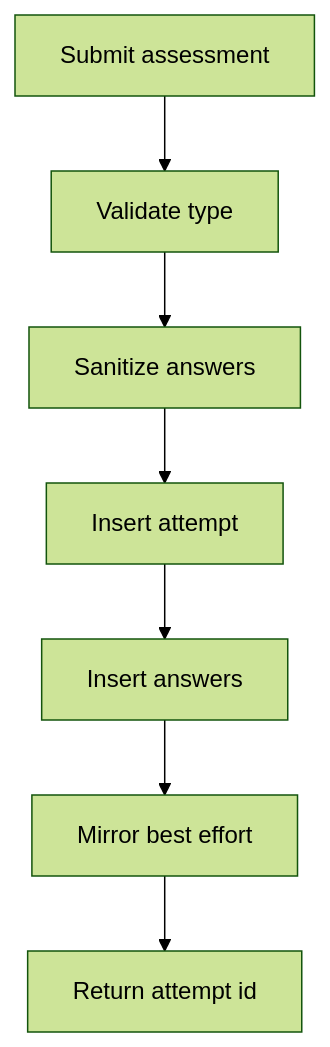
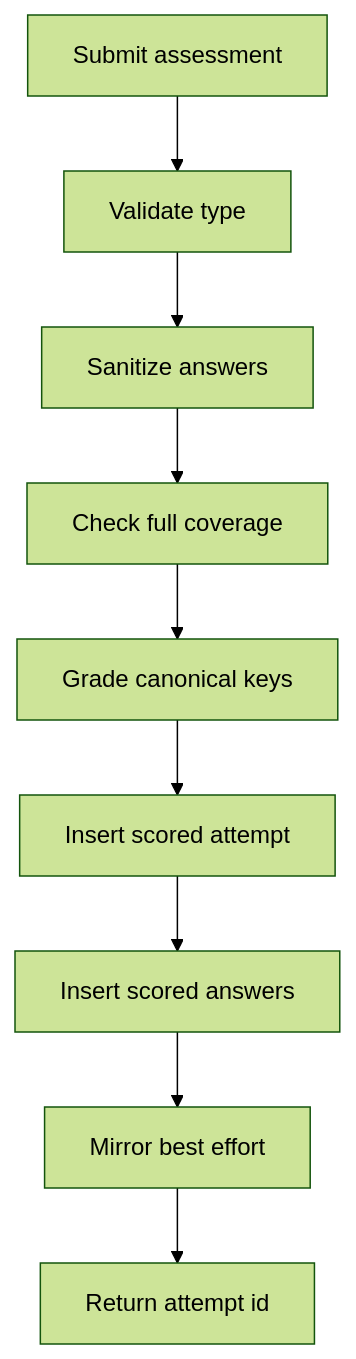
Before and after one commit to JohnAndrewBalbarosa/NeoTerritory: the third of 4 diagrams in docs/Codebase/Backend/src/routes/learning.ts.md, drawn with Mermaid (forest theme). The commit also changed other lines of this file and 30 other files, not shown here.

````diff
--- a/docs/Codebase/Backend/src/routes/learning.ts.md
+++ b/docs/Codebase/Backend/src/routes/learning.ts.md
@@ -48,11 +48,13 @@
 ```mermaid
 flowchart TD
     Start["Submit assessment"]
     N0["Validate type"]
     N1["Sanitize answers"]
-    N2["Insert attempt"]
-    N3["Insert answers"]
-    N4["Mirror best effort"]
+    N2["Check full coverage"]
+    N3["Grade canonical keys"]
+    N4["Insert scored attempt"]
+    N5["Insert scored answers"]
+    N6["Mirror best effort"]
     End["Return attempt id"]
-    Start --> N0 --> N1 --> N2 --> N3 --> N4 --> End
+    Start --> N0 --> N1 --> N2 --> N3 --> N4 --> N5 --> N6 --> End
 ```
````
